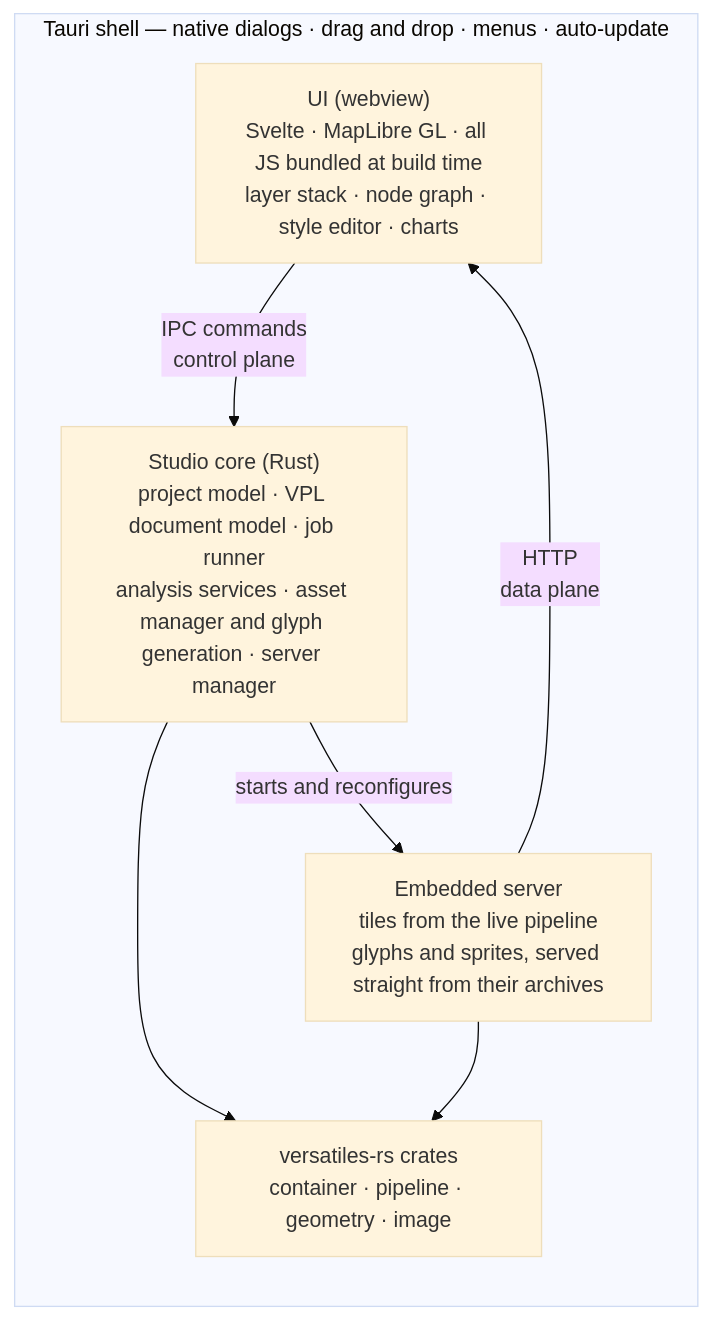
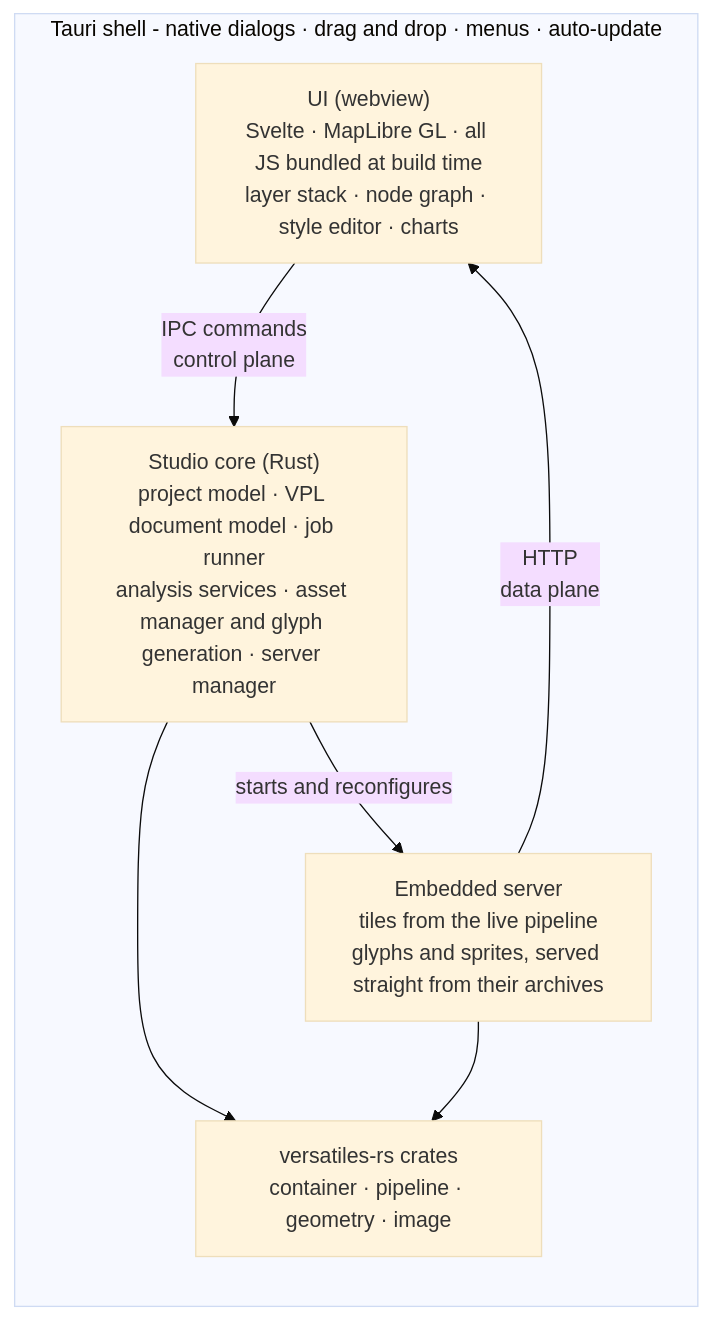
One commit to versatiles-org/versatiles-studio changed the diagram in docs/architecture.md. Above: the diagram before and after it, drawn with Mermaid (base theme). The commit also changed other lines of this file and 42 other files, not shown here.

````diff
--- a/docs/architecture.md
+++ b/docs/architecture.md
@@ -5,15 +5,15 @@
 ```mermaid
 flowchart LR
-  subgraph shell["Tauri shell — native dialogs · drag and drop · menus · auto-update"]
+  subgraph shell["Tauri shell - native dialogs · drag and drop · menus · auto-update"]
     ui["UI (webview)<br/>Svelte · MapLibre GL · all JS bundled at build time<br/>layer stack · node graph · style editor · charts"]
     core["Studio core (Rust)<br/>project model · VPL document model · job runner<br/>analysis services · asset manager and glyph generation · server manager"]
     server["Embedded server<br/>tiles from the live pipeline<br/>glyphs and sprites, served straight from their archives"]
     crates["versatiles-rs crates<br/>container · pipeline · geometry · image"]
   end
 
   ui -->|"IPC commands<br/>control plane"| core
   server -->|"HTTP<br/>data plane"| ui
   core -->|"starts and reconfigures"| server
   core --> crates
   server --> crates
 ```
````
